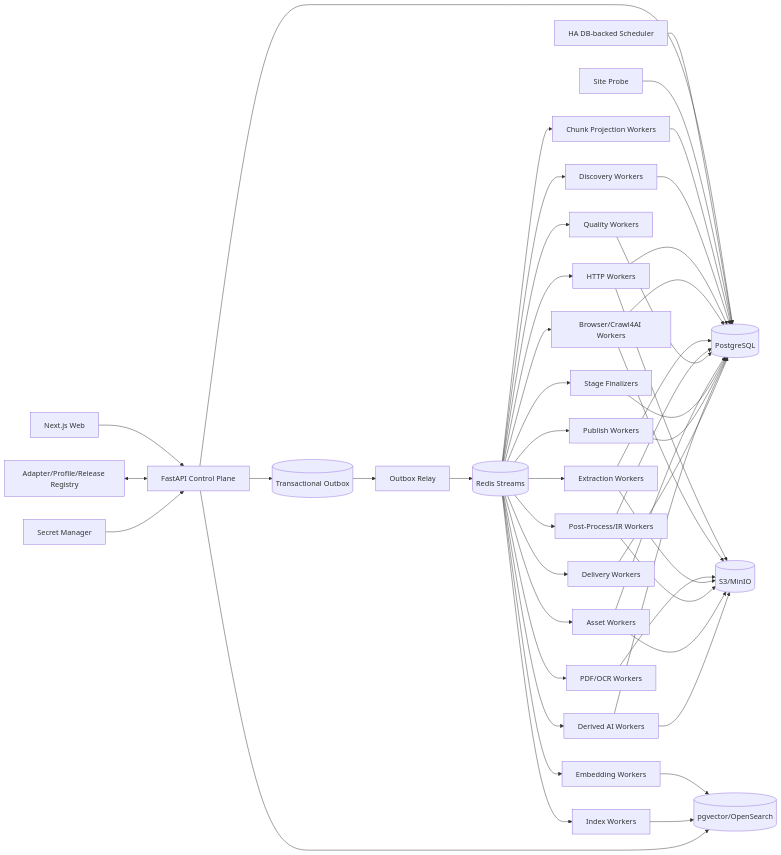
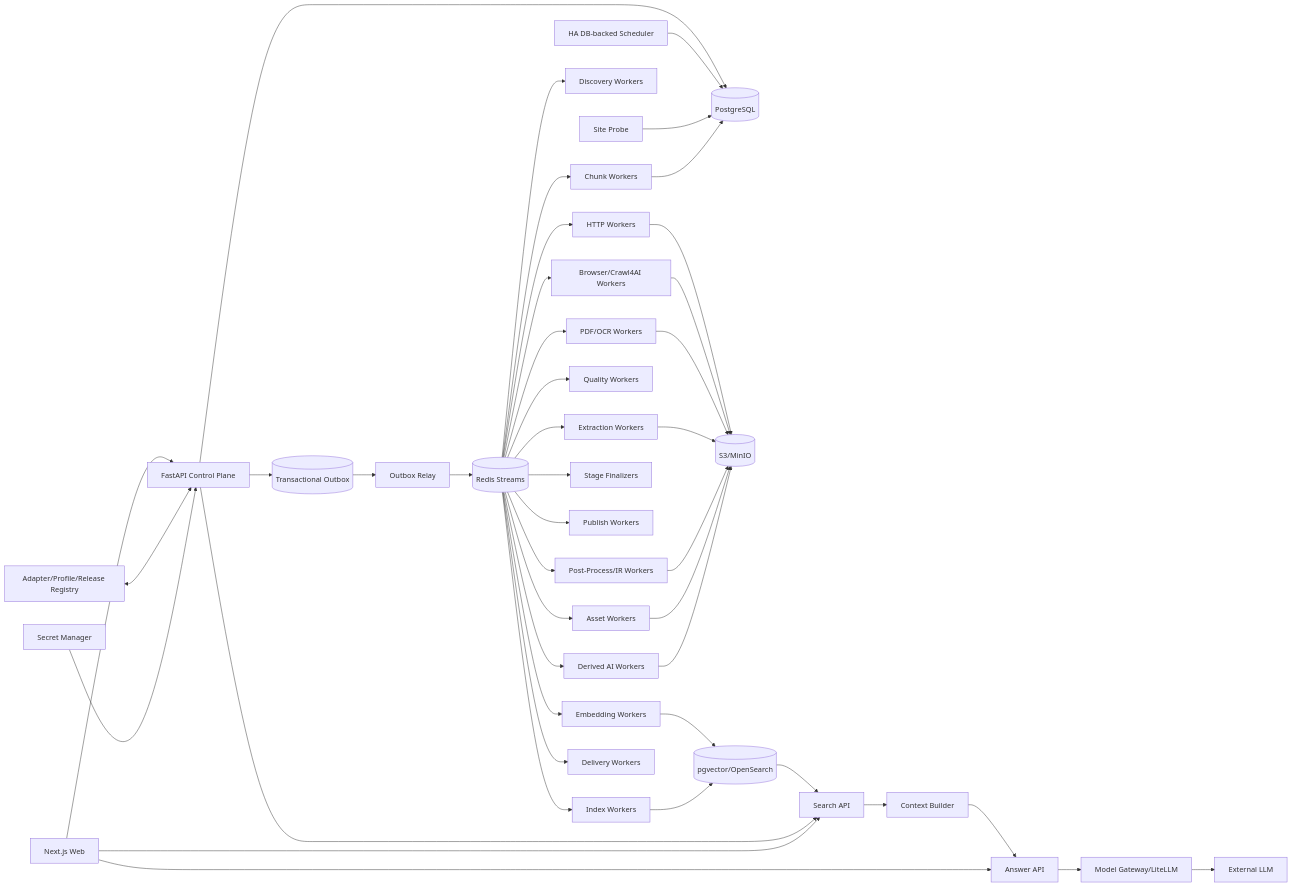
The diagram in 博客知识库技术方案.md (WorkerXu/my-doc), drawn with Mermaid before and after one commit. The commit also changed other lines of this file, not shown here.

````diff
--- a/博客知识库技术方案.md
+++ b/博客知识库技术方案.md
@@ -50,55 +51,52 @@
 ```mermaid
 flowchart LR
     UI[Next.js Web] --> API[FastAPI Control Plane]
     API --> PG[(PostgreSQL)]
     API --> OUT[(Transactional Outbox)]
 
     SCH[HA DB-backed Scheduler] --> PG
     REG[Adapter/Profile/Release Registry] <--> API
     PROBE[Site Probe] --> PG
     SEC[Secret Manager] --> API
 
     OUT --> RELAY[Outbox Relay]
     RELAY --> Q[(Redis Streams)]
 
     Q --> DW[Discovery Workers]
     Q --> HF[HTTP Workers]
     Q --> BW[Browser/Crawl4AI Workers]
     Q --> PDF[PDF/OCR Workers]
     Q --> EX[Extraction Workers]
     Q --> PP[Post-Process/IR Workers]
     Q --> QV[Quality Workers]
     Q --> AW[Asset Workers]
     Q --> FIN[Stage Finalizers]
     Q --> PB[Publish Workers]
-    Q --> CW[Chunk Projection Workers]
+    Q --> CW[Chunk Workers]
     Q --> EW[Embedding Workers]
     Q --> IX[Index Workers]
     Q --> AI[Derived AI Workers]
     Q --> NT[Delivery Workers]
 
     HF --> OBJ[(S3/MinIO)]
     BW --> OBJ
     PDF --> OBJ
     EX --> OBJ
     PP --> OBJ
     AW --> OBJ
     AI --> OBJ
 
     CW --> PG
     EW --> SEARCH[(pgvector/OpenSearch)]
     IX --> SEARCH
-    API --> SEARCH
 
-    DW --> PG
-    HF --> PG
-    BW --> PG
-    EX --> PG
-    PP --> PG
-    QV --> PG
-    AW --> PG
-    FIN --> PG
-    PB --> PG
-    AI --> PG
-    NT --> PG
+    SEARCH --> SA[Search API]
+    SA --> CB[Context Builder]
+    CB --> AA[Answer API]
+    AA --> MG[Model Gateway/LiteLLM]
+    MG --> LLM[External LLM]
+
+    API --> SA
+    UI --> SA
+    UI --> AA
 ```
````
